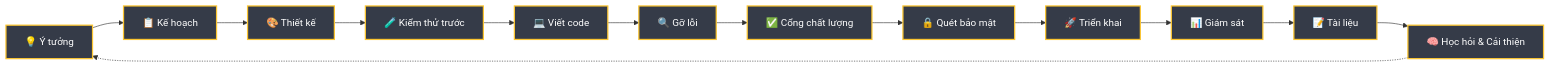
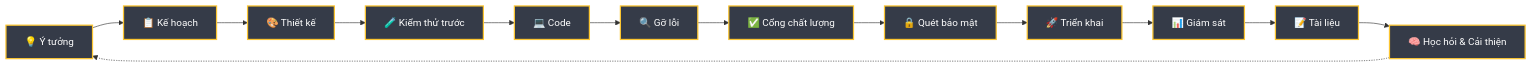
Before and after one commit to tody-agent/codymaster: the second of 3 diagrams in README-vi.md, drawn with Mermaid. The commit also changed other lines of this file and 27 other files, not shown here.

````diff
--- a/README-vi.md
+++ b/README-vi.md
@@ -79,17 +79,17 @@
 ```mermaid
 graph LR
     A["💡 Ý tưởng"] --> B["📋 Kế hoạch"]
     B --> C["🎨 Thiết kế"]
     C --> D["🧪 Kiểm thử trước"]
-    D --> E["💻 Viết code"]
+    D --> E["💻 Code"]
     E --> F["🔍 Gỡ lỗi"]
     F --> G["✅ Cổng chất lượng"]
     G --> H["🔒 Quét bảo mật"]
     H --> I["🚀 Triển khai"]
     I --> J["📊 Giám sát"]
     J --> K["📝 Tài liệu"]
     K --> L["🧠 Học hỏi & Cải thiện"]
     L -.-> A
     classDef phase fill:#353b48,stroke:#fbc531,stroke-width:2px,color:#fff;
     class A,B,C,D,E,F,G,H,I,J,K,L phase;
 ```
````
